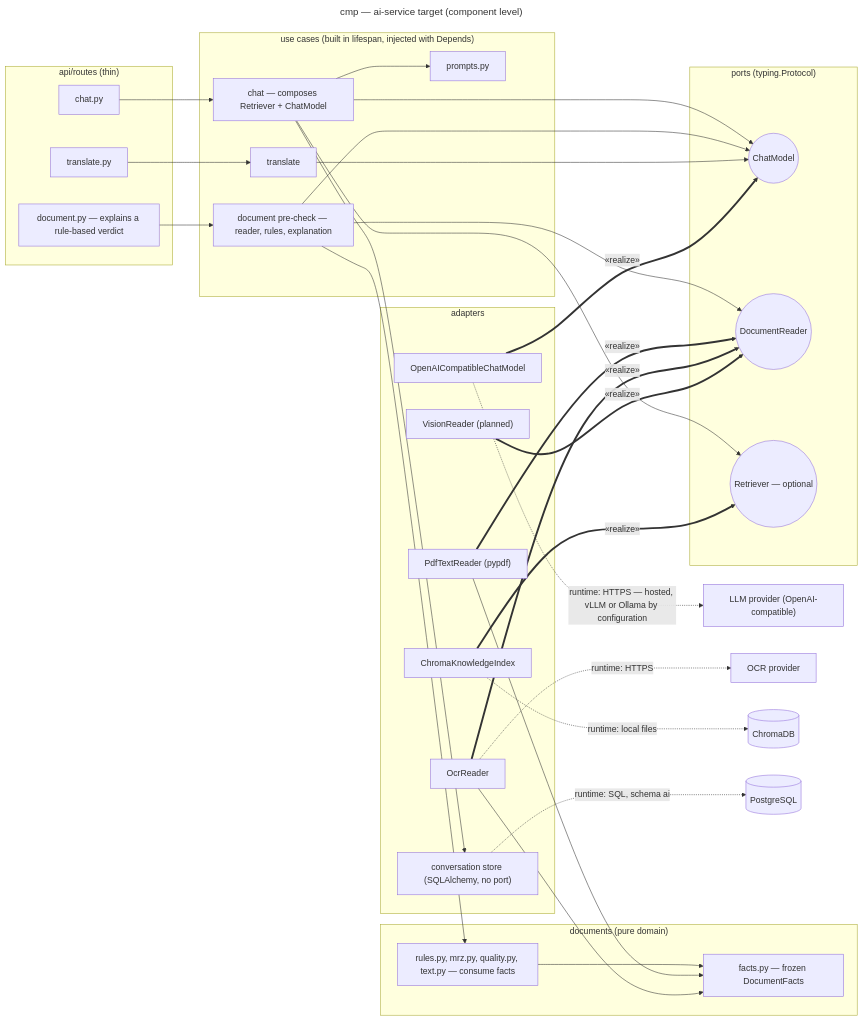
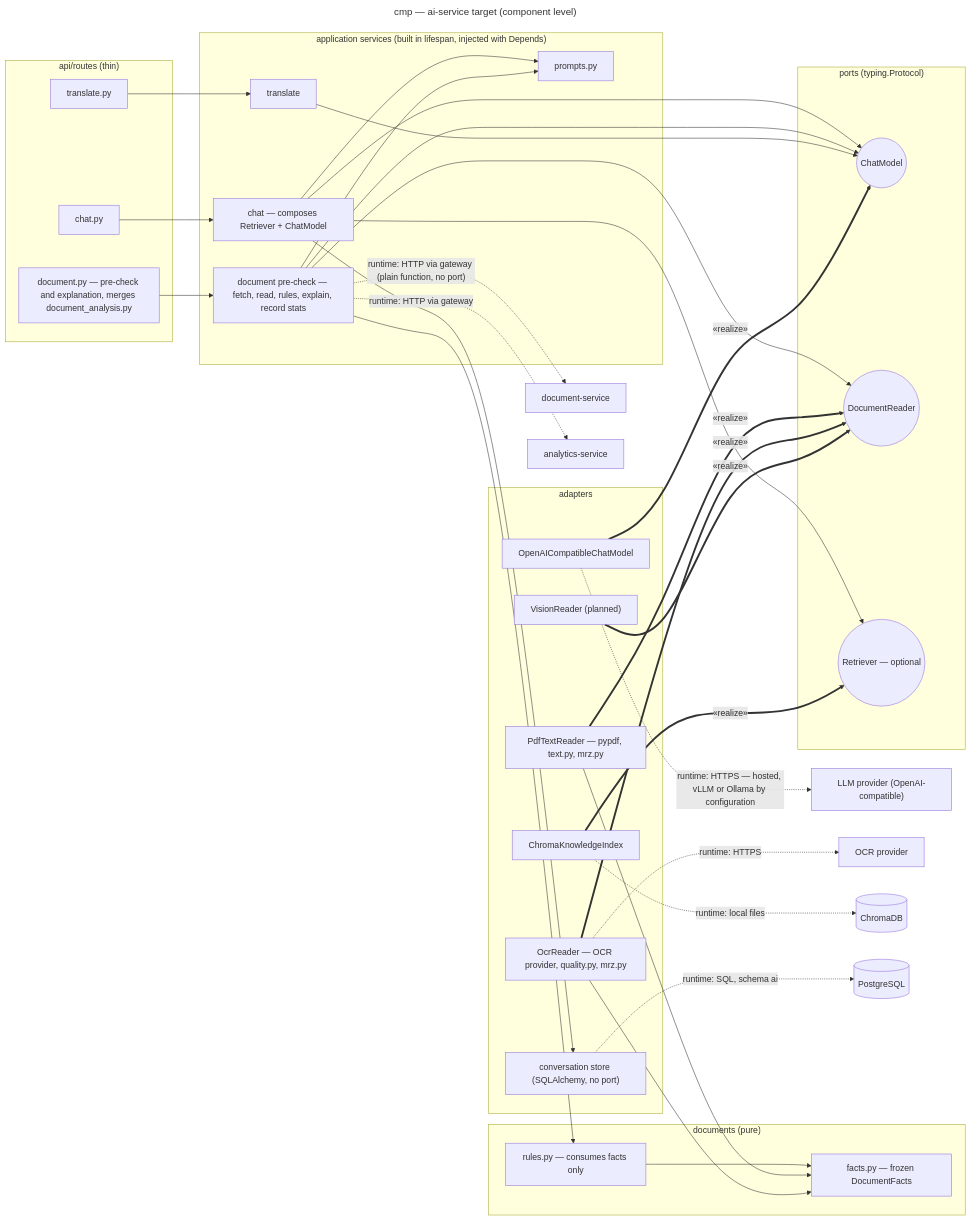
The second of 2 diagrams in docs/architecture/diagrams/architecture/03b-component-ai-service.md (IsmailMifdal/IADAF-YDAYS), drawn with Mermaid before and after one commit. The commit also changed other lines of this file and 6 other files, not shown here.

First line of the commit message:
docs(architecture): fix review findings on ADR-0001 (ISM-116)

````diff
--- a/docs/architecture/diagrams/architecture/03b-component-ai-service.md
+++ b/docs/architecture/diagrams/architecture/03b-component-ai-service.md
@@ -60,57 +67,60 @@
 ```mermaid
 ---
 title: cmp — ai-service target (component level)
 ---
 flowchart LR
   subgraph Routes ["api/routes (thin)"]
     RChat["chat.py"]
-    RDoc["document.py — explains a rule-based verdict"]
+    RDoc["document.py — pre-check and explanation, merges document_analysis.py"]
     RTr["translate.py"]
   end
-  subgraph UseCases ["use cases (built in lifespan, injected with Depends)"]
+  subgraph UseCases ["application services (built in lifespan, injected with Depends)"]
     UChat["chat — composes Retriever + ChatModel"]
-    UPre["document pre-check — reader, rules, explanation"]
+    UPre["document pre-check — fetch, read, rules, explain, record stats"]
     UTr["translate"]
     Prompts["prompts.py"]
   end
   subgraph Ports ["ports (typing.Protocol)"]
     PChat(("ChatModel"))
     PRead(("DocumentReader"))
     PRet(("Retriever — optional"))
   end
-  subgraph Docs ["documents (pure domain)"]
+  subgraph Docs ["documents (pure)"]
     Facts["facts.py — frozen DocumentFacts"]
-    Rules["rules.py, mrz.py, quality.py, text.py — consume facts"]
+    Rules["rules.py — consumes facts only"]
   end
   subgraph Adapters ["adapters"]
     AChat["OpenAICompatibleChatModel"]
-    APdf["PdfTextReader (pypdf)"]
-    AOcr["OcrReader"]
+    APdf["PdfTextReader — pypdf, text.py, mrz.py"]
+    AOcr["OcrReader — OCR provider, quality.py, mrz.py"]
     AVis["VisionReader (planned)"]
     AIdx["ChromaKnowledgeIndex"]
     AConv["conversation store (SQLAlchemy, no port)"]
   end
   RChat --> UChat
   RDoc --> UPre
   RTr --> UTr
   UChat --> PChat
   UChat --> PRet
   UChat --> Prompts
   UChat --> AConv
   UPre --> PRead
   UPre --> PChat
+  UPre --> Prompts
   UPre --> Rules
   UTr --> PChat
   Rules --> Facts
   AChat ==>|"«realize»"| PChat
   APdf ==>|"«realize»"| PRead
   AOcr ==>|"«realize»"| PRead
   AVis ==>|"«realize»"| PRead
   AIdx ==>|"«realize»"| PRet
   APdf --> Facts
   AOcr --> Facts
   AChat -.->|"runtime: HTTPS — hosted, vLLM or Ollama by configuration"| LLMApi["LLM provider (OpenAI-compatible)"]
   AOcr -.->|"runtime: HTTPS"| OcrApi["OCR provider"]
   AIdx -.->|"runtime: local files"| Chroma[("ChromaDB")]
   AConv -.->|"runtime: SQL, schema ai"| Pg[("PostgreSQL")]
+  UPre -.->|"runtime: HTTP via gateway (plain function, no port)"| DocSvc["document-service"]
+  UPre -.->|"runtime: HTTP via gateway"| AnaSvc["analytics-service"]
 ```
````
